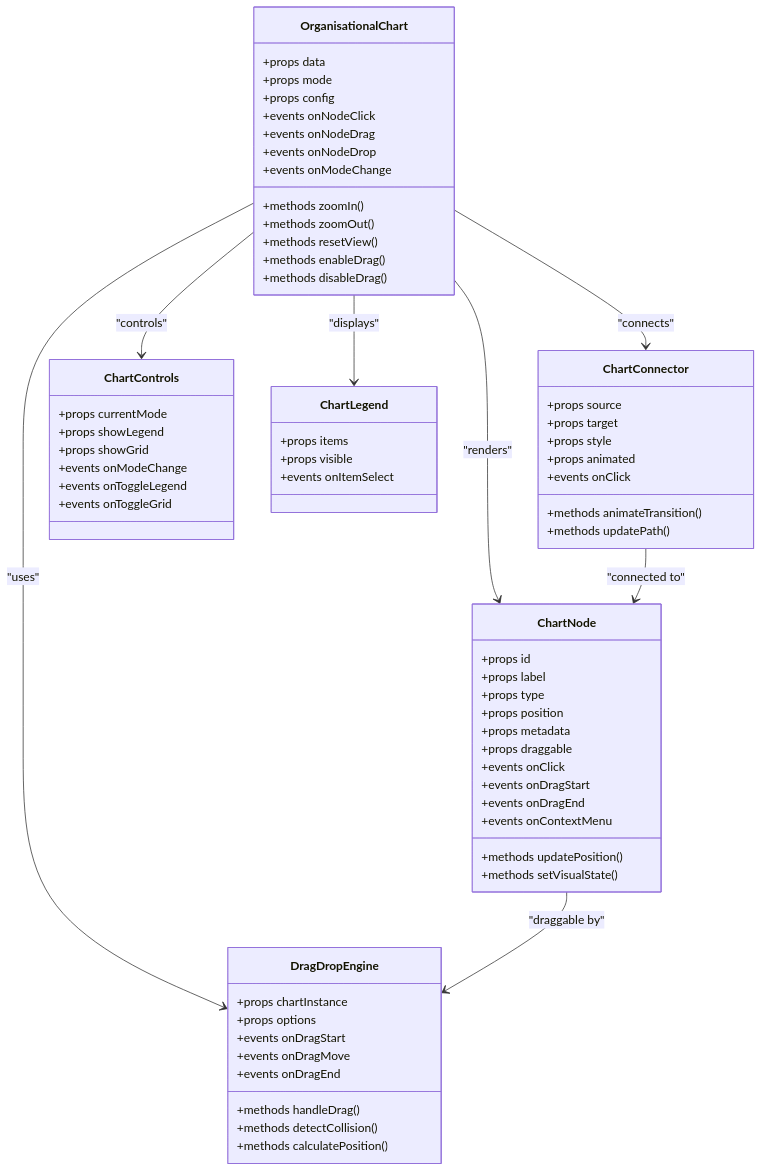
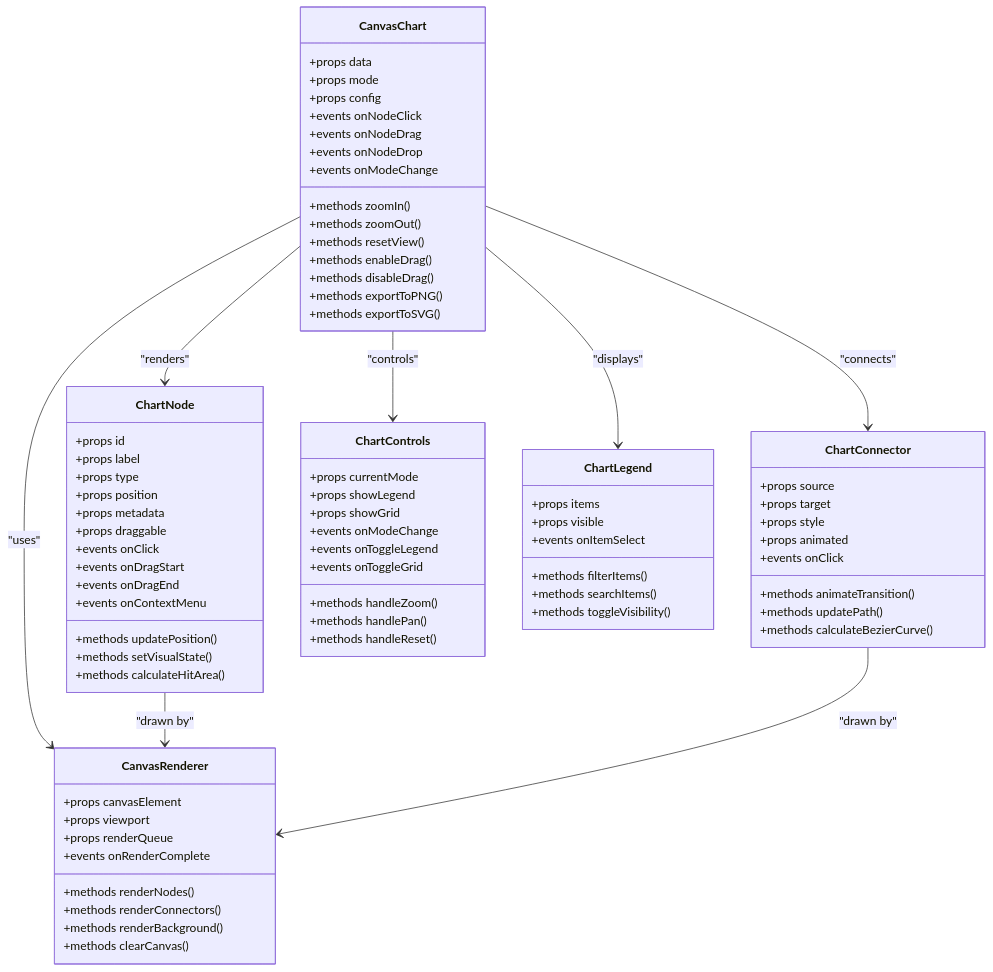
Before and after one commit to franckylab/eLISAschool: the third of 14 diagrams in .qoder/repowiki/en/content/System Architecture/Frontend Architecture/Component Architecture/Component Architecture.md, drawn with Mermaid. The commit also changed other lines of this file and 97 other files, not shown here.

````diff
--- a/.qoder/repowiki/en/content/System Architecture/Frontend Architecture/Component Architecture/Component Architecture.md
+++ b/.qoder/repowiki/en/content/System Architecture/Frontend Architecture/Component Architecture/Component Architecture.md
@@ -236,70 +244,80 @@
 ```mermaid
 classDiagram
-class OrganisationalChart {
+class CanvasChart {
 +props data
 +props mode
 +props config
 +events onNodeClick
 +events onNodeDrag
 +events onNodeDrop
 +events onModeChange
 +methods zoomIn()
 +methods zoomOut()
 +methods resetView()
 +methods enableDrag()
 +methods disableDrag()
++methods exportToPNG()
++methods exportToSVG()
 }
 class ChartNode {
 +props id
 +props label
 +props type
 +props position
 +props metadata
 +props draggable
 +events onClick
 +events onDragStart
 +events onDragEnd
 +events onContextMenu
 +methods updatePosition()
 +methods setVisualState()
++methods calculateHitArea()
 }
 class ChartConnector {
 +props source
 +props target
 +props style
 +props animated
 +events onClick
 +methods animateTransition()
 +methods updatePath()
++methods calculateBezierCurve()
 }
-class DragDropEngine {
-+props chartInstance
-+props options
-+events onDragStart
-+events onDragMove
-+events onDragEnd
-+methods handleDrag()
-+methods detectCollision()
-+methods calculatePosition()
+class CanvasRenderer {
++props canvasElement
++props viewport
++props renderQueue
++events onRenderComplete
++methods renderNodes()
++methods renderConnectors()
++methods renderBackground()
++methods clearCanvas()
 }
 class ChartControls {
 +props currentMode
 +props showLegend
 +props showGrid
 +events onModeChange
 +events onToggleLegend
 +events onToggleGrid
++methods handleZoom()
++methods handlePan()
++methods handleReset()
 }
 class ChartLegend {
 +props items
 +props visible
 +events onItemSelect
++methods filterItems()
++methods searchItems()
++methods toggleVisibility()
 }
-OrganisationalChart --> ChartNode : "renders"
-OrganisationalChart --> ChartConnector : "connects"
-OrganisationalChart --> ChartControls : "controls"
-OrganisationalChart --> ChartLegend : "displays"
-OrganisationalChart --> DragDropEngine : "uses"
-ChartNode --> DragDropEngine : "draggable by"
-ChartConnector --> ChartNode : "connected to"
+CanvasChart --> ChartNode : "renders"
+CanvasChart --> ChartConnector : "connects"
+CanvasChart --> ChartControls : "controls"
+CanvasChart --> ChartLegend : "displays"
+CanvasChart --> CanvasRenderer : "uses"
+ChartNode --> CanvasRenderer : "drawn by"
+ChartConnector --> CanvasRenderer : "drawn by"
 ```
````
